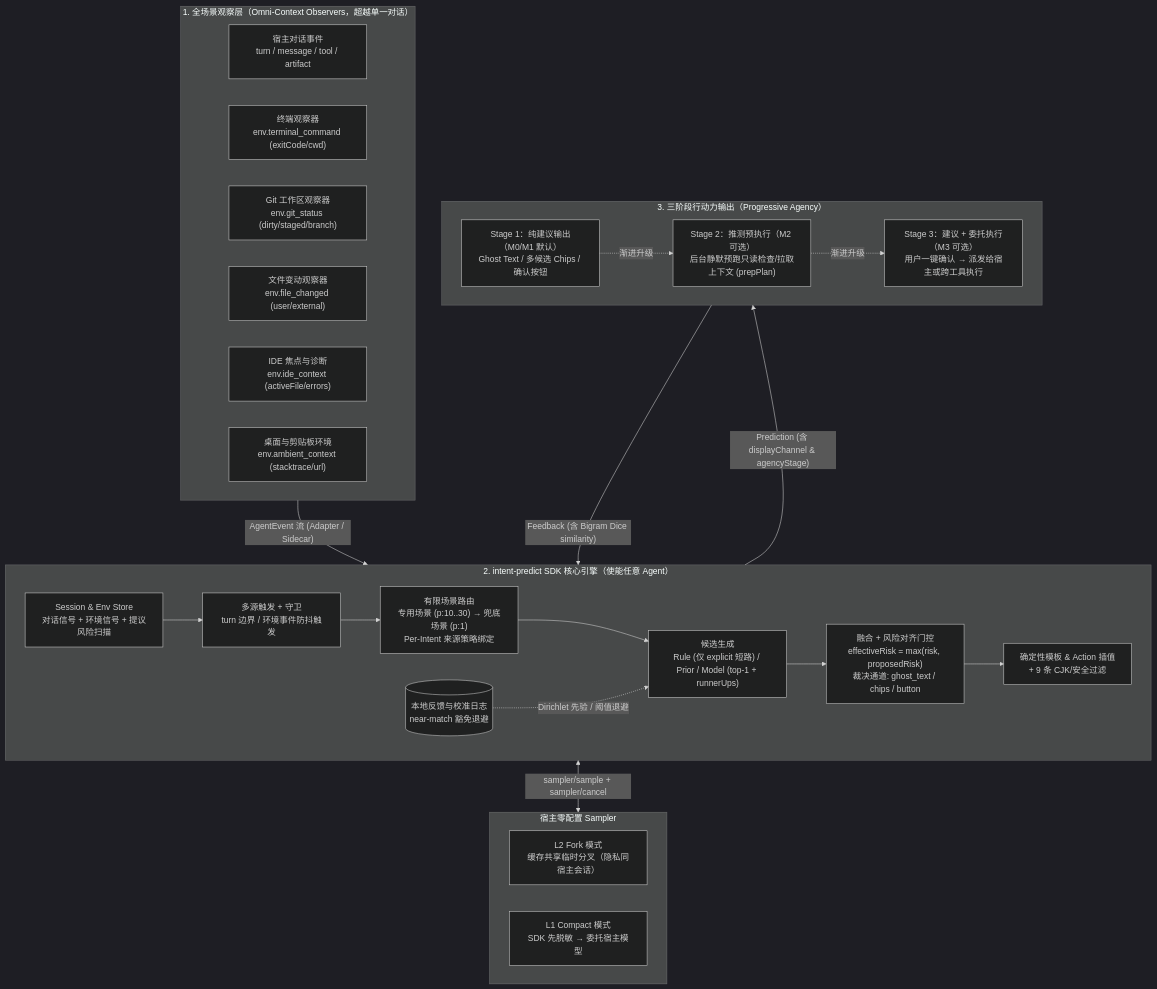
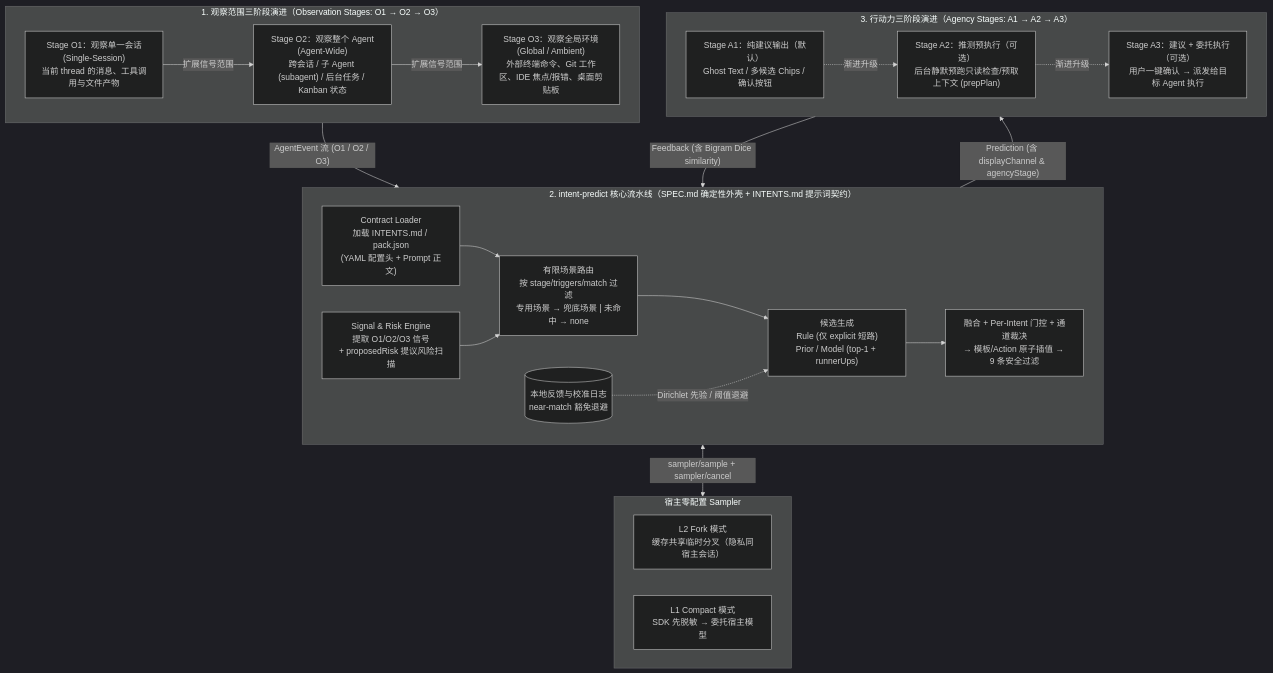
One commit to susyimes/intent-predict changed the first of 3 diagrams in docs/design.md. Above: the diagram before and after it, drawn with Mermaid (dark theme). The commit also changed other lines of this file and 5 other files, not shown here.

First line of the commit message:
feat(spec): adopt Symphony-style SPEC.md + INTENTS.md contract and 3-stage observation model (O1/O2/O3)

````diff
--- a/docs/design.md
+++ b/docs/design.md
@@ -126,43 +126,41 @@
 ```mermaid
 flowchart TB
-  subgraph Observers["1. 全场景观察层（Omni-Context Observers，超越单一对话）"]
+  subgraph Obs["1. 观察范围三阶段演进（Observation Stages: O1 → O2 → O3）"]
     direction LR
-    O_CHAT["宿主对话事件<br/>turn / message / tool / artifact"]
-    O_TERM["终端观察器<br/>env.terminal_command (exitCode/cwd)"]
-    O_GIT["Git 工作区观察器<br/>env.git_status (dirty/staged/branch)"]
-    O_FS["文件变动观察器<br/>env.file_changed (user/external)"]
-    O_IDE["IDE 焦点与诊断<br/>env.ide_context (activeFile/errors)"]
-    O_AMB["桌面与剪贴板环境<br/>env.ambient_context (stacktrace/url)"]
+    O1["Stage O1：观察单一会话<br/>(Single-Session)<br/>当前 thread 的消息、工具调用与文件产物"]
+    O2["Stage O2：观察整个 Agent<br/>(Agent-Wide)<br/>跨会话 / 子 Agent (subagent) / 后台任务 / Kanban 状态"]
+    O3["Stage O3：观察全局环境<br/>(Global / Ambient)<br/>外部终端命令、Git 工作区、IDE 焦点/报错、桌面剪贴板"]
+    O1 -->|"扩展信号范围"| O2 -->|"扩展信号范围"| O3
   end
 
-  subgraph Core["2. intent-predict SDK 核心引擎（使能任意 Agent）"]
+  subgraph Core["2. intent-predict 核心流水线（SPEC.md 确定性外壳 + INTENTS.md 提示词契约）"]
     direction LR
-    ST["Session & Env Store<br/>对话信号 + 环境信号 + 提议风险扫描"]
-    TG["多源触发 + 守卫<br/>turn 边界 / 环境事件防抖触发"]
-    SR["有限场景路由<br/>专用场景 (p:10..30) → 兜底场景 (p:1)<br/>Per-Intent 来源策略绑定"]
-    CS["候选生成<br/>Rule (仅 explicit 短路) / Prior / Model (top-1 + runnerUps)"]
-    FU["融合 + 风险对齐门控<br/>effectiveRisk = max(risk, proposedRisk)<br/>裁决通道: ghost_text / chips / button"]
-    RD["确定性模板 & Action 插值<br/>+ 9 条 CJK/安全过滤"]
+    LD["Contract Loader<br/>加载 INTENTS.md / pack.json<br/>(YAML 配置头 + Prompt 正文)"]
+    ST["Signal & Risk Engine<br/>提取 O1/O2/O3 信号<br/>+ proposedRisk 提议风险扫描"]
+    SR["有限场景路由<br/>按 stage/triggers/match 过滤<br/>专用场景 → 兜底场景 | 未命中 → none"]
+    CS["候选生成<br/>Rule (仅 explicit 短路)<br/>Prior / Model (top-1 + runnerUps)"]
+    FG["融合 + Per-Intent 门控 + 通道裁决<br/>→ 模板/Action 原子插值 → 9 条安全过滤"]
     FB[("本地反馈与校准日志<br/>near-match 豁免退避")]
-    ST --> TG --> SR --> CS --> FU --> RD
+    LD --> SR
+    ST --> SR --> CS --> FG
     FB -.->|"Dirichlet 先验 / 阈值退避"| CS
   end
 
   subgraph HostModel["宿主零配置 Sampler"]
     S_FORK["L2 Fork 模式<br/>缓存共享临时分叉（隐私同宿主会话）"]
     S_COMP["L1 Compact 模式<br/>SDK 先脱敏 → 委托宿主模型"]
   end
 
-  subgraph Agency["3. 三阶段行动力输出（Progressive Agency）"]
+  subgraph Agency["3. 行动力三阶段演进（Agency Stages: A1 → A2 → A3）"]
     direction LR
-    A1["Stage 1：纯建议输出（M0/M1 默认）<br/>Ghost Text / 多候选 Chips / 确认按钮"]
-    A2["Stage 2：推测预执行（M2 可选）<br/>后台静默预跑只读检查/拉取上下文 (prepPlan)"]
-    A3["Stage 3：建议 + 委托执行（M3 可选）<br/>用户一键确认 → 派发给宿主或跨工具执行"]
+    A1["Stage A1：纯建议输出（默认）<br/>Ghost Text / 多候选 Chips / 确认按钮"]
+    A2["Stage A2：推测预执行（可选）<br/>后台静默预跑只读检查/预取上下文 (prepPlan)"]
+    A3["Stage A3：建议 + 委托执行（可选）<br/>用户一键确认 → 派发给目标 Agent 执行"]
     A1 -.->|"渐进升级"| A2 -.->|"渐进升级"| A3
   end
 
-  Observers -->|"AgentEvent 流 (Adapter / Sidecar)"| ST
+  Obs -->|"AgentEvent 流 (O1 / O2 / O3)"| ST
   CS <-->|"sampler/sample + sampler/cancel"| HostModel
-  RD -->|"Prediction (含 displayChannel & agencyStage)"| Agency
+  FG -->|"Prediction (含 displayChannel & agencyStage)"| Agency
   Agency -->|"Feedback (含 Bigram Dice similarity)"| FB
 ```
````
